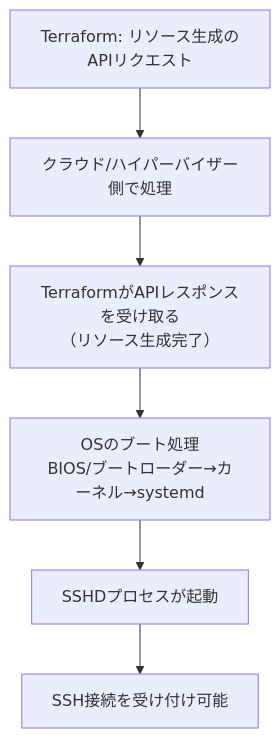
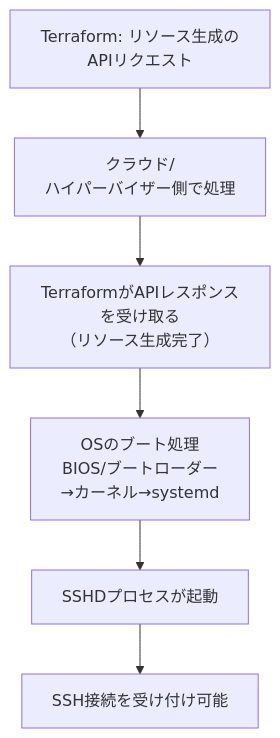
Before and after one commit to juehara-crypto/juehara-crypto.github.io: the first of 2 diagrams in src/content/blog/infra/ansible/ansible-terraform/ansible-terraform-part1/ansible-terraform-part1-02.md, drawn with Mermaid. The commit also changed other lines of this file, not shown here.

Commit message:
update ansible-terraform-part1-02-00

````diff
--- a/src/content/blog/infra/ansible/ansible-terraform/ansible-terraform-part1/ansible-terraform-part1-02.md
+++ b/src/content/blog/infra/ansible/ansible-terraform/ansible-terraform-part1/ansible-terraform-part1-02.md
@@ -82,8 +82,8 @@
 ```mermaid
 flowchart TD
-    A["Terraform: リソース生成のAPIリクエスト"] --> B["クラウド/ハイパーバイザー側で処理"]
+    A["Terraform: リソース生成のAPIリクエスト"] --> B["クラウド/<br/>ハイパーバイザー側で処理"]
     B --> C["TerraformがAPIレスポンスを受け取る<br/>（リソース生成完了）"]
-    C --> D["OSのブート処理<br/>BIOS/ブートローダー→カーネル→systemd"]
+    C --> D["OSのブート処理<br/>BIOS/ブートローダー<br/>→カーネル→systemd"]
     D --> E["SSHDプロセスが起動"]
     E --> F["SSH接続を受け付け可能"]
 ```
````
